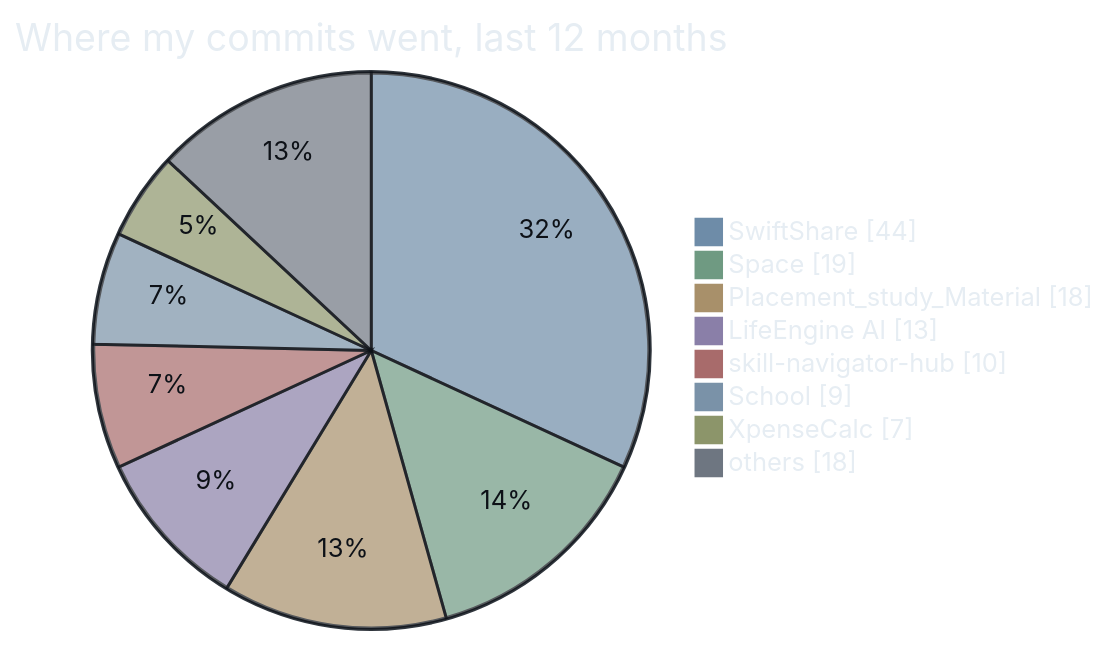
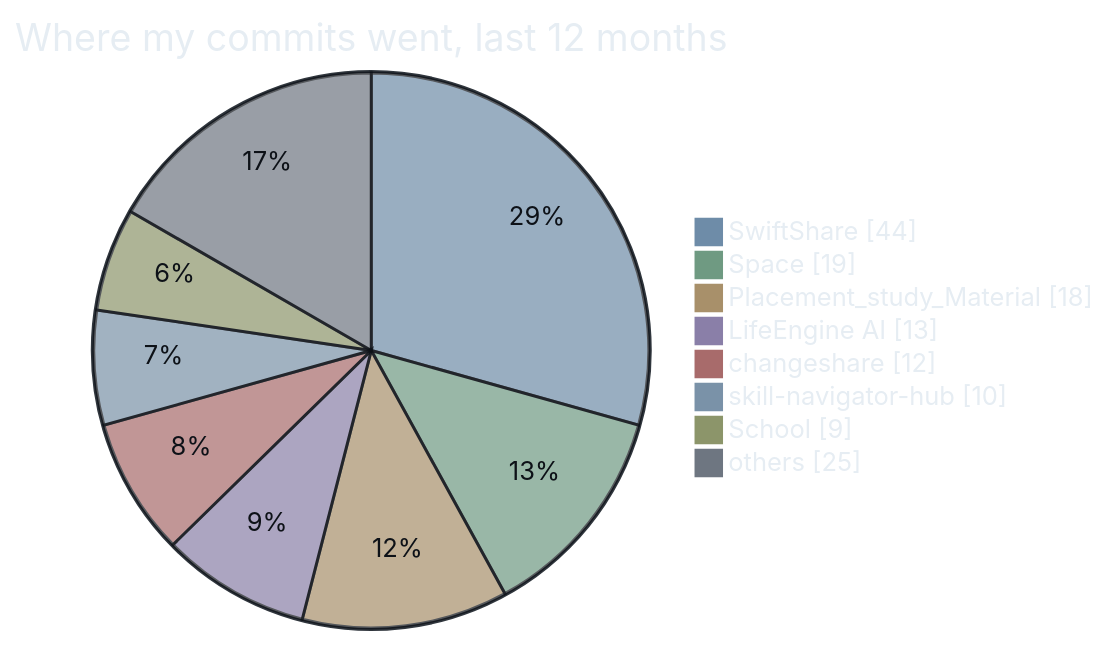
One commit to AyushPandey510/AyushPandey510 changed the seventh of 7 diagrams in README.md. Above: the diagram before and after it, drawn with Mermaid. The commit also changed other lines of this file and 10 other files, not shown here.

````diff
--- a/README.md
+++ b/README.md
@@ -187,12 +187,12 @@
 ```mermaid
 %%{init: {"theme":"base","themeVariables":{"pie1":"#6E8CA8","pie2":"#6F9A82","pie3":"#A8906A","pie4":"#8A7FA8","pie5":"#A86B6B","pie6":"#7A92A8","pie7":"#8C956A","pie8":"#6E7681","pieStrokeColor":"#0D1117","pieStrokeWidth":"2px","pieOuterStrokeColor":"#30363D","pieTitleTextColor":"#E6EDF3","pieSectionTextColor":"#0D1117","pieLegendTextColor":"#E6EDF3","fontFamily":"monospace"}}}%%
 pie showData title Where my commits went, last 12 months
     "SwiftShare" : 44
     "Space" : 19
     "Placement_study_Material" : 18
     "LifeEngine AI" : 13
+    "changeshare" : 12
     "skill-navigator-hub" : 10
     "School" : 9
-    "XpenseCalc" : 7
-    "others" : 18
+    "others" : 25
 ```
````
